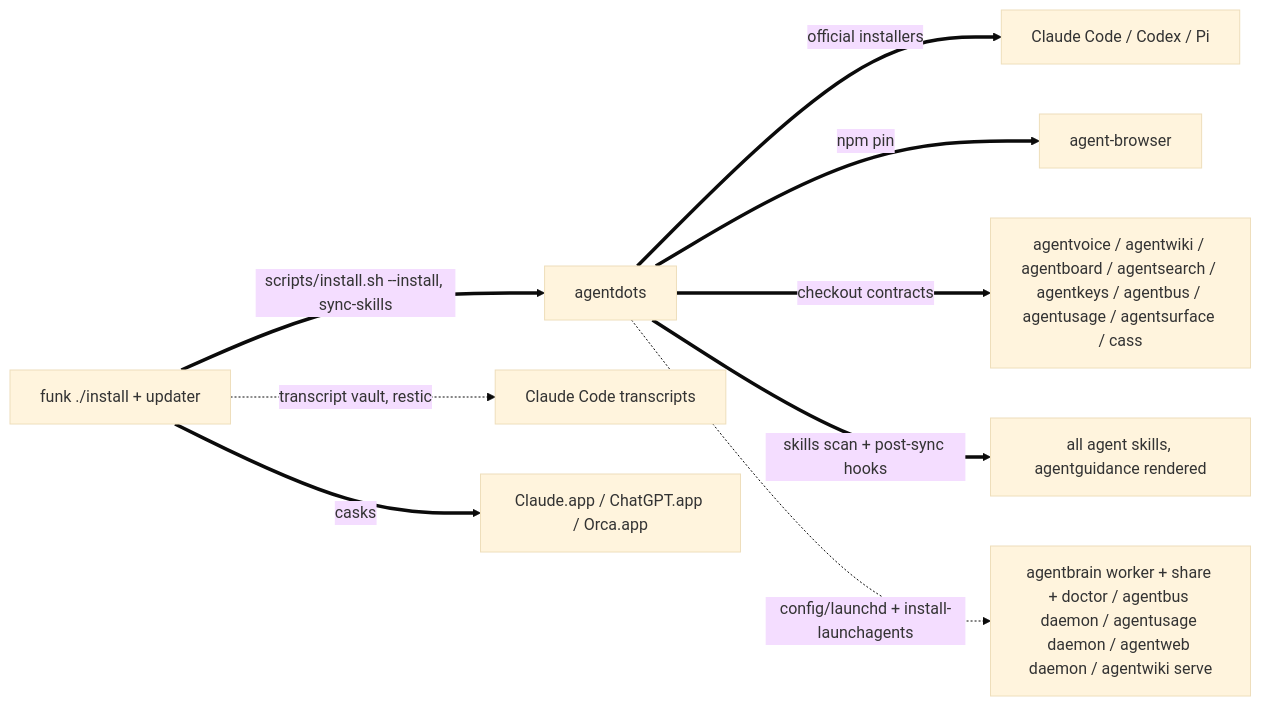
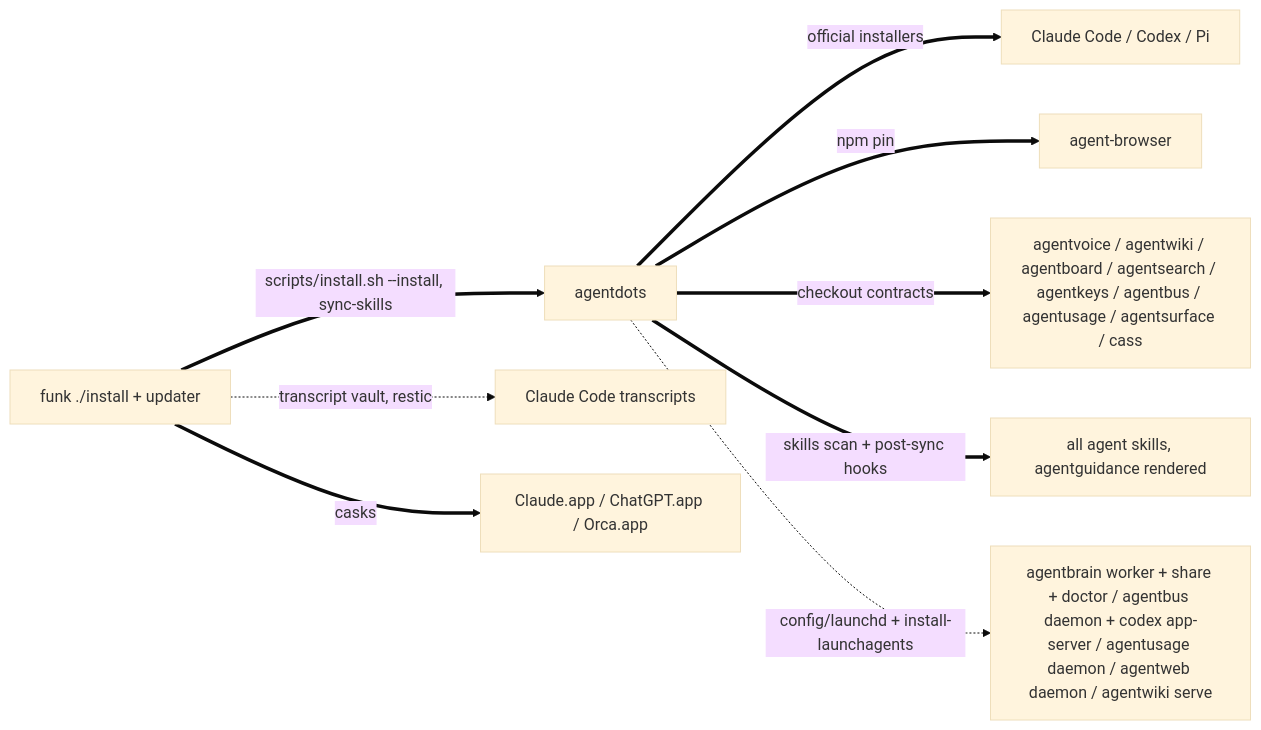
The second of 3 diagrams in skills/fleet/MAP.md (possibilities/agentdots), drawn with Mermaid (base theme) before and after one commit. The commit also changed other lines of this file and 3 other files, not shown here.

First line of the commit message:
Codex app-server launchagent and sandbox network line

````diff
--- a/skills/fleet/MAP.md
+++ b/skills/fleet/MAP.md
@@ -72,14 +72,14 @@
 ```mermaid
 flowchart LR
     funk[funk ./install + updater]
     dots[agentdots]
 
     funk ==>|scripts/install.sh --install, sync-skills| dots
     dots ==>|official installers| harnesses[Claude Code / Codex / Pi]
     dots ==>|npm pin| browser[agent-browser]
     dots ==>|checkout contracts| fleet[agentvoice / agentwiki / agentboard / agentsearch / agentkeys / agentbus / agentusage / agentsurface / cass]
     dots ==>|skills scan + post-sync hooks| skills[all agent skills, agentguidance rendered]
-    dots -.->|config/launchd + install-launchagents| services[agentbrain worker + share + doctor / agentbus daemon / agentusage daemon / agentweb daemon / agentwiki serve]
+    dots -.->|config/launchd + install-launchagents| services[agentbrain worker + share + doctor / agentbus daemon + codex app-server / agentusage daemon / agentweb daemon / agentwiki serve]
     funk -.->|transcript vault, restic| claudeData[Claude Code transcripts]
     funk ==>|casks| apps[Claude.app / ChatGPT.app / Orca.app]
 ```
````
